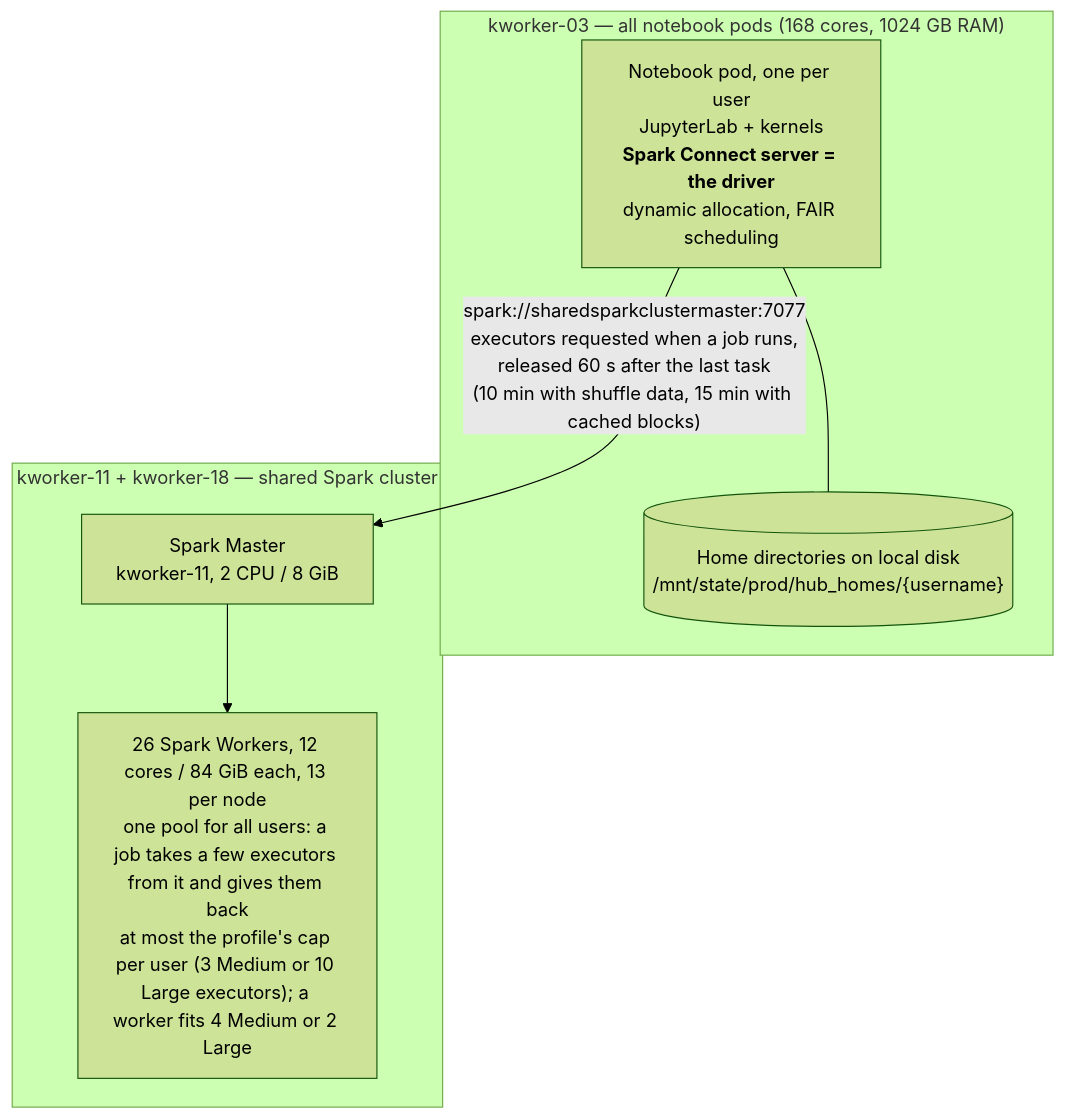
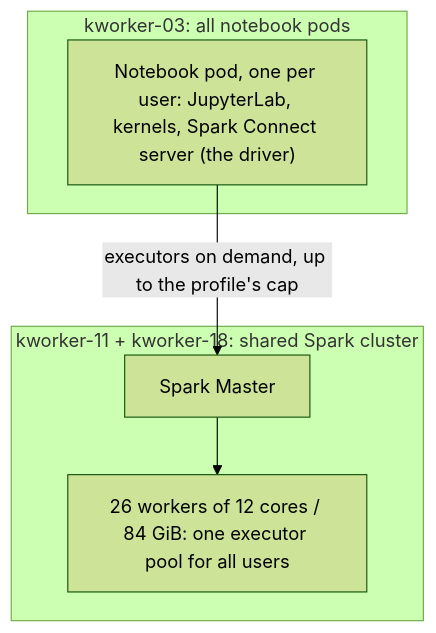
The diagram in infrastructure/cpu_ram_capacity_analysis.md (KBaseDataLakehouse/berdl_docs), drawn with Mermaid (forest theme) before and after one commit. The commit also changed other lines of this file, not shown here.

Commit message:
Shorten the workload diagram's labels and tighten the capacity summary table

````diff
--- a/infrastructure/cpu_ram_capacity_analysis.md
+++ b/infrastructure/cpu_ram_capacity_analysis.md
@@ -29,14 +29,12 @@
 ```mermaid
 flowchart TB
-    subgraph nb["kworker-03 — all notebook pods (168 cores, 1024 GB RAM)"]
-        pod["Notebook pod, one per user<br/>JupyterLab + kernels<br/><b>Spark Connect server = the driver</b><br/>dynamic allocation, FAIR scheduling"]
-        home[("Home directories on local disk<br/>/mnt/state/prod/hub_homes/{username}")]
-        pod --- home
+    subgraph nb["kworker-03: all notebook pods"]
+        pod["Notebook pod, one per user: JupyterLab, kernels, Spark Connect server (the driver)"]
     end
-    subgraph sc["kworker-11 + kworker-18 — shared Spark cluster"]
-        master["Spark Master<br/>kworker-11, 2 CPU / 8 GiB"]
-        workers["26 Spark Workers, 12 cores / 84 GiB each, 13 per node<br/>one pool for all users: a job takes a few executors from it and gives them back<br/>at most the profile's cap per user (3 Medium or 10 Large executors); a worker fits 4 Medium or 2 Large"]
+    subgraph sc["kworker-11 + kworker-18: shared Spark cluster"]
+        master["Spark Master"]
+        workers["26 workers of 12 cores / 84 GiB: one executor pool for all users"]
         master --> workers
     end
-    pod -- "spark://sharedsparkclustermaster:7077<br/>executors requested when a job runs,<br/>released 60 s after the last task<br/>(10 min with shuffle data, 15 min with cached blocks)" --> master
+    pod -- "executors on demand, up to the profile's cap" --> master
 ```
````
